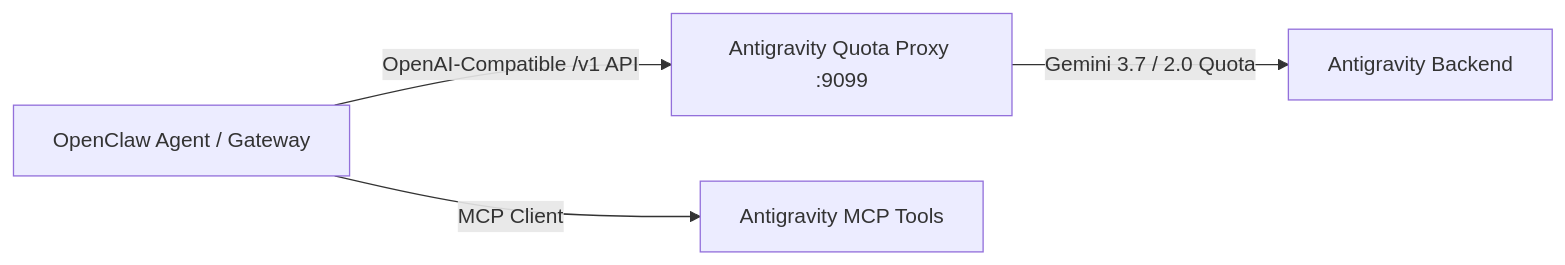
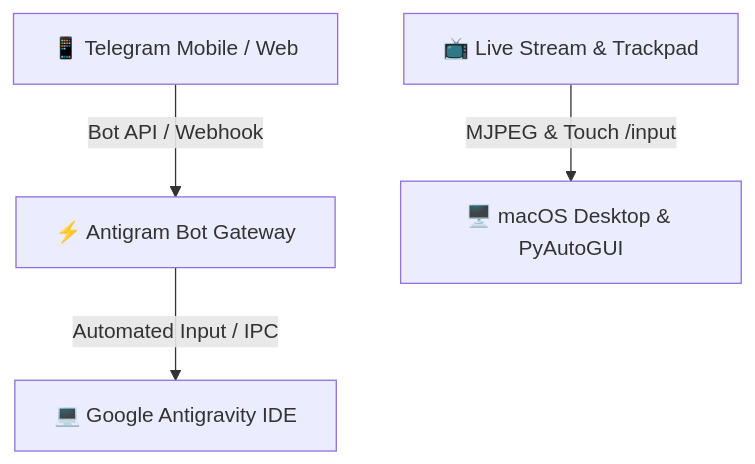
One commit to sundeep8967/antigram changed the diagram in README.md. Above: the diagram before and after it, drawn with Mermaid. The commit also changed other lines of this file, not shown here.

Commit message:
Clean up repository: Remove legacy OpenClaw files, update README for Antigram

````diff
--- a/README.md
+++ b/README.md
@@ -9,7 +44,7 @@
 ```mermaid
-graph LR
-    OpenClaw[OpenClaw Agent / Gateway] 
-    -->|OpenAI-Compatible /v1 API| Proxy[Antigravity Quota Proxy :9099]
-    Proxy -->|Gemini 3.7 / 2.0 Quota| GoogleAGY[Antigravity Backend]
-    OpenClaw -->|MCP Client| MCP[Antigravity MCP Tools]
+graph TD
+    Telegram[📱 Telegram Mobile / Web] 
+    -->|Bot API / Webhook| Gateway[⚡ Antigram Bot Gateway]
+    Gateway -->|Automated Input / IPC| IDE[💻 Google Antigravity IDE]
+    Mirror[📺 Live Stream & Trackpad] -->|MJPEG & Touch /input| MacScreen[🖥️ macOS Desktop & PyAutoGUI]
 ```
````
